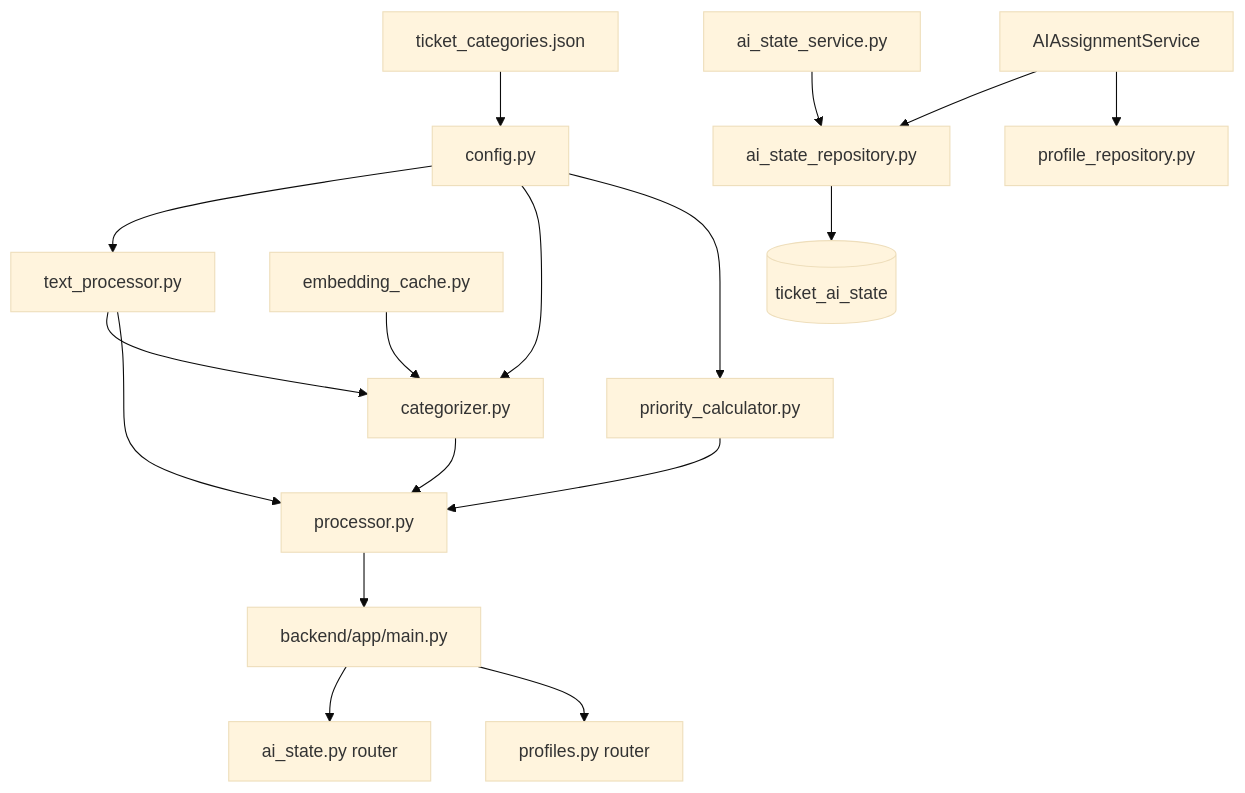
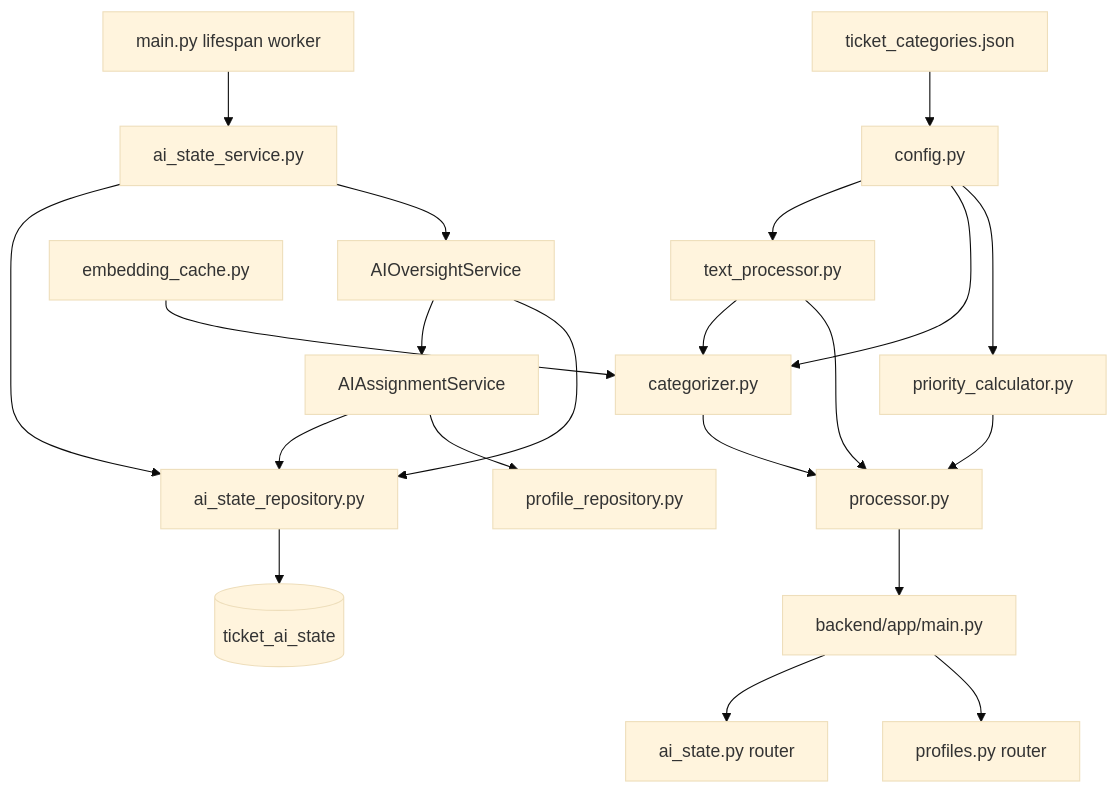
The first of 3 diagrams in docs/services/ai-service/architecture.md (Plymouth-University/comp2003-2025-2026-team-3), drawn with Mermaid (base theme) before and after one commit. The commit also changed other lines of this file and 30 other files, not shown here.

````diff
--- a/docs/services/ai-service/architecture.md
+++ b/docs/services/ai-service/architecture.md
@@ -20,21 +20,25 @@
 ```mermaid
 flowchart TD
   Config[config.py] --> Text[text_processor.py]
   Config --> Categorizer[categorizer.py]
   Config --> Priority[priority_calculator.py]
 
   Text --> Categorizer
   Text --> Processor[processor.py]
   Categorizer --> Processor
   Priority --> Processor
   Cache[embedding_cache.py] --> Categorizer
   AIStateService[ai_state_service.py] --> AIRepo[ai_state_repository.py]
+  AIStateService --> Oversight[AIOversightService]
   AIRepo --> AIStateTable[(ticket_ai_state)]
   Assign[AIAssignmentService] --> AIRepo
   Assign --> ProfileRepo[profile_repository.py]
+  Oversight --> Assign
+  Oversight --> AIRepo
+  Main[main.py lifespan worker] --> AIStateService
 
   Processor --> API[backend/app/main.py]
   API --> AIRouter[ai_state.py router]
   API --> ProfileRouter[profiles.py router]
   CategoryFile[ticket_categories.json] --> Config
 ```
````
